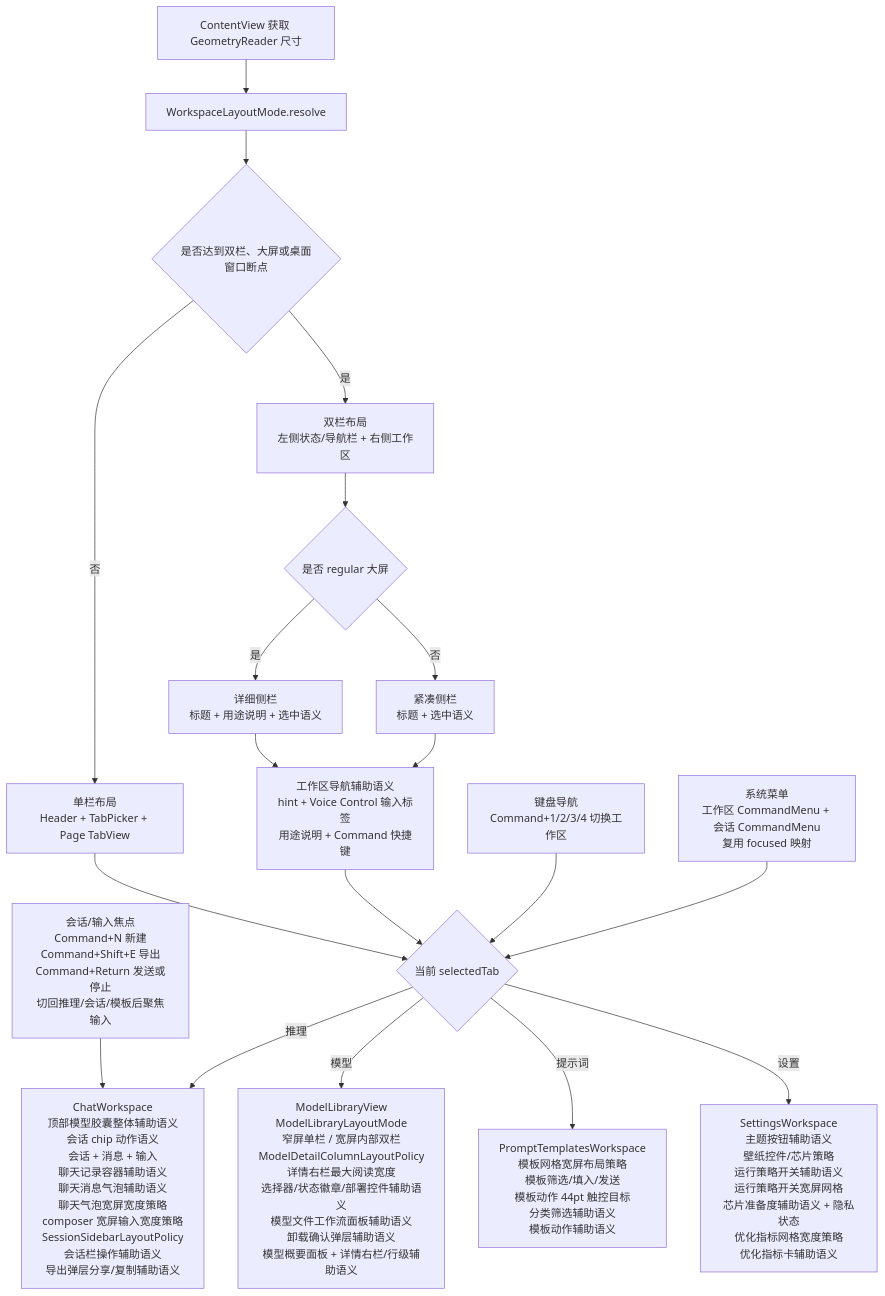
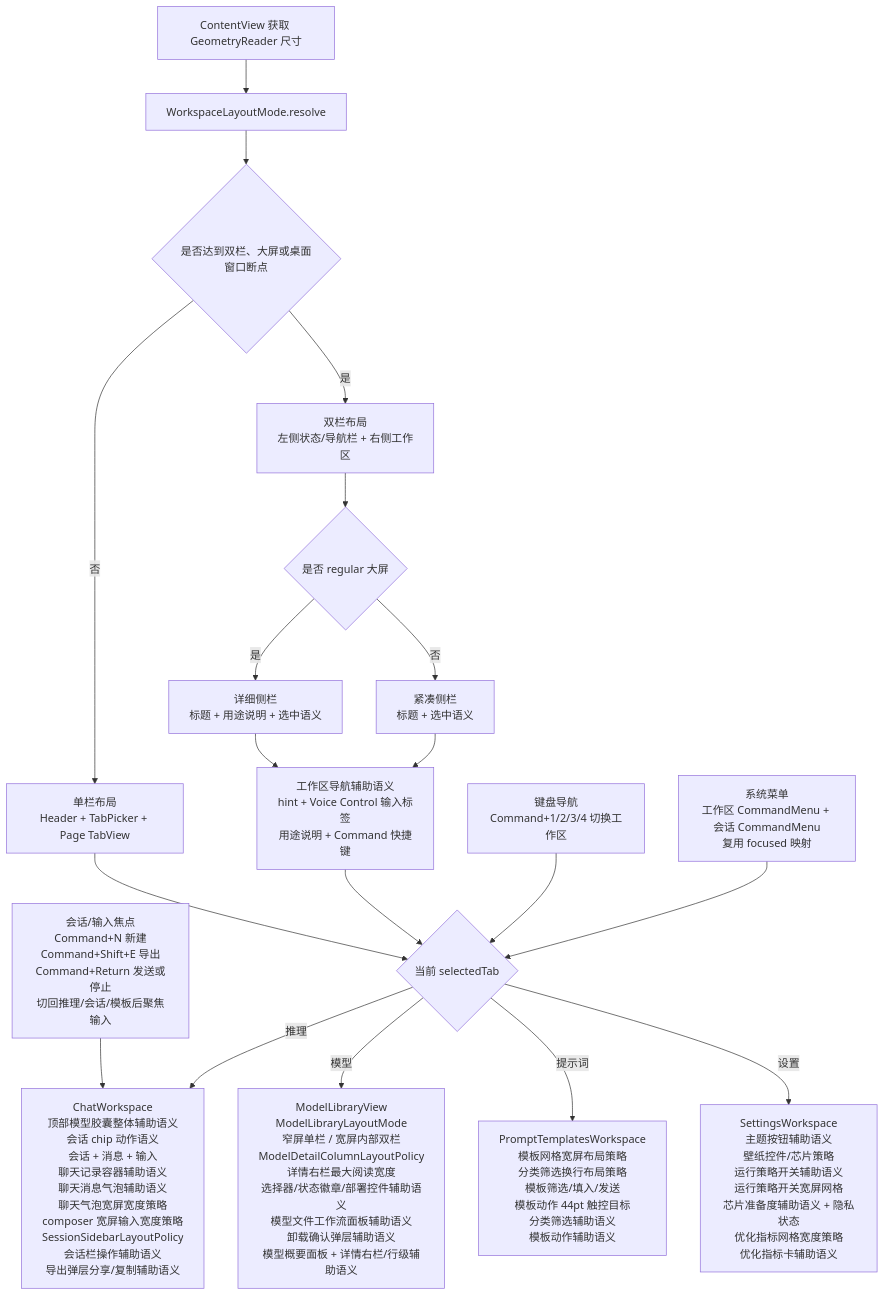
Before and after one commit to Altman-sam114/113: the fifth of 10 diagrams in md/flow/flowchart.md, drawn with Mermaid. The commit also changed other lines of this file and 8 other files, not shown here.

````diff
--- a/md/flow/flowchart.md
+++ b/md/flow/flowchart.md
@@ -84,21 +84,21 @@
 ```mermaid
 flowchart TD
     A[ContentView 获取 GeometryReader 尺寸] --> B[WorkspaceLayoutMode.resolve]
     B --> C{是否达到双栏、大屏或桌面窗口断点}
     C -- 否 --> D[单栏布局<br/>Header + TabPicker + Page TabView]
     C -- 是 --> E[双栏布局<br/>左侧状态/导航栏 + 右侧工作区]
     E --> N{是否 regular 大屏}
     N -- 是 --> O[详细侧栏<br/>标题 + 用途说明 + 选中语义]
     N -- 否 --> P[紧凑侧栏<br/>标题 + 选中语义]
     D --> F{当前 selectedTab}
     O --> X[工作区导航辅助语义<br/>hint + Voice Control 输入标签<br/>用途说明 + Command 快捷键]
     P --> X
     X --> F
     K[键盘导航<br/>Command+1/2/3/4 切换工作区] --> F
     M[系统菜单<br/>工作区 CommandMenu + 会话 CommandMenu<br/>复用 focused 映射] --> F
     L[会话/输入焦点<br/>Command+N 新建<br/>Command+Shift+E 导出<br/>Command+Return 发送或停止<br/>切回推理/会话/模板后聚焦输入] --> G
     F -- 推理 --> G[ChatWorkspace<br/>顶部模型胶囊整体辅助语义<br/>会话 chip 动作语义<br/>会话 + 消息 + 输入<br/>聊天记录容器辅助语义<br/>聊天消息气泡辅助语义<br/>聊天气泡宽屏宽度策略<br/>composer 宽屏输入宽度策略<br/>SessionSidebarLayoutPolicy<br/>会话栏操作辅助语义<br/>导出弹层分享/复制辅助语义]
     F -- 模型 --> H[ModelLibraryView<br/>ModelLibraryLayoutMode<br/>窄屏单栏 / 宽屏内部双栏<br/>ModelDetailColumnLayoutPolicy<br/>详情右栏最大阅读宽度<br/>选择器/状态徽章/部署控件辅助语义<br/>模型文件工作流面板辅助语义<br/>卸载确认弹层辅助语义<br/>模型概要面板 + 详情右栏/行级辅助语义]
-    F -- 提示词 --> I[PromptTemplatesWorkspace<br/>模板网格宽屏布局策略<br/>模板筛选/填入/发送<br/>模板动作 44pt 触控目标<br/>分类筛选辅助语义<br/>模板动作辅助语义]
+    F -- 提示词 --> I[PromptTemplatesWorkspace<br/>模板网格宽屏布局策略<br/>分类筛选换行布局策略<br/>模板筛选/填入/发送<br/>模板动作 44pt 触控目标<br/>分类筛选辅助语义<br/>模板动作辅助语义]
     F -- 设置 --> J[SettingsWorkspace<br/>主题按钮辅助语义<br/>壁纸控件/芯片策略<br/>运行策略开关辅助语义<br/>运行策略开关宽屏网格<br/>芯片准备度辅助语义 + 隐私状态<br/>优化指标网格宽度策略<br/>优化指标卡辅助语义]
 ```
````
